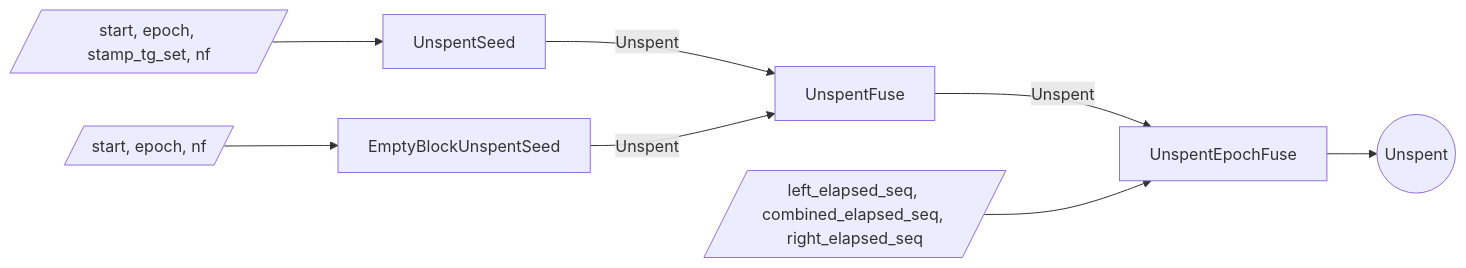
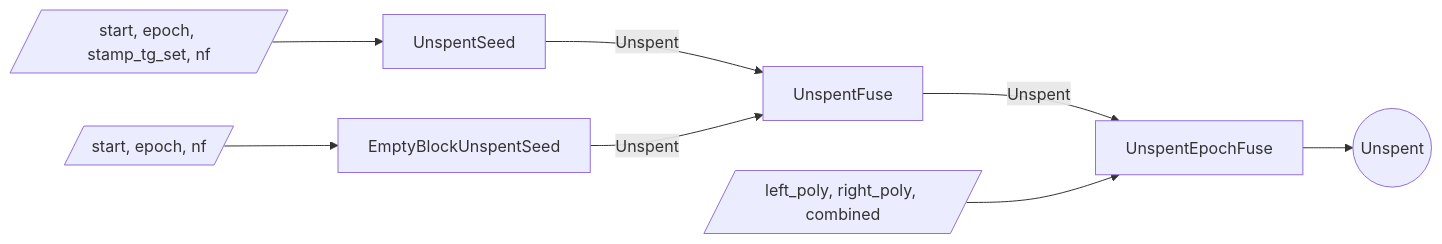
One commit to tachyon-zcash/tachyon changed the third of 3 diagrams in book/src/proof-tree.md. Above: the diagram before and after it, drawn with Mermaid. The commit also changed other lines of this file and 7 other files, not shown here.

````diff
--- a/book/src/proof-tree.md
+++ b/book/src/proof-tree.md
@@ -295,19 +301,19 @@
 ```mermaid
 flowchart LR
   w_seed[/start, epoch, stamp_tg_set, nf/]
   s_useed[UnspentSeed]
   w_empty[/start, epoch, nf/]
   s_uempty[EmptyBlockUnspentSeed]
   s_ufuse[UnspentFuse]
-  w_efuse[/left_elapsed_seq, combined_elapsed_seq, right_elapsed_seq/]
+  w_efuse[/left_poly, right_poly, combined/]
   s_efuse[UnspentEpochFuse]
   unspent_out((Unspent))
 
   w_seed --> s_useed
   w_empty --> s_uempty
   s_useed -->|Unspent| s_ufuse
   s_uempty -->|Unspent| s_ufuse
   s_ufuse -->|Unspent| s_efuse
   w_efuse --> s_efuse
   s_efuse --> unspent_out
 ```
````
